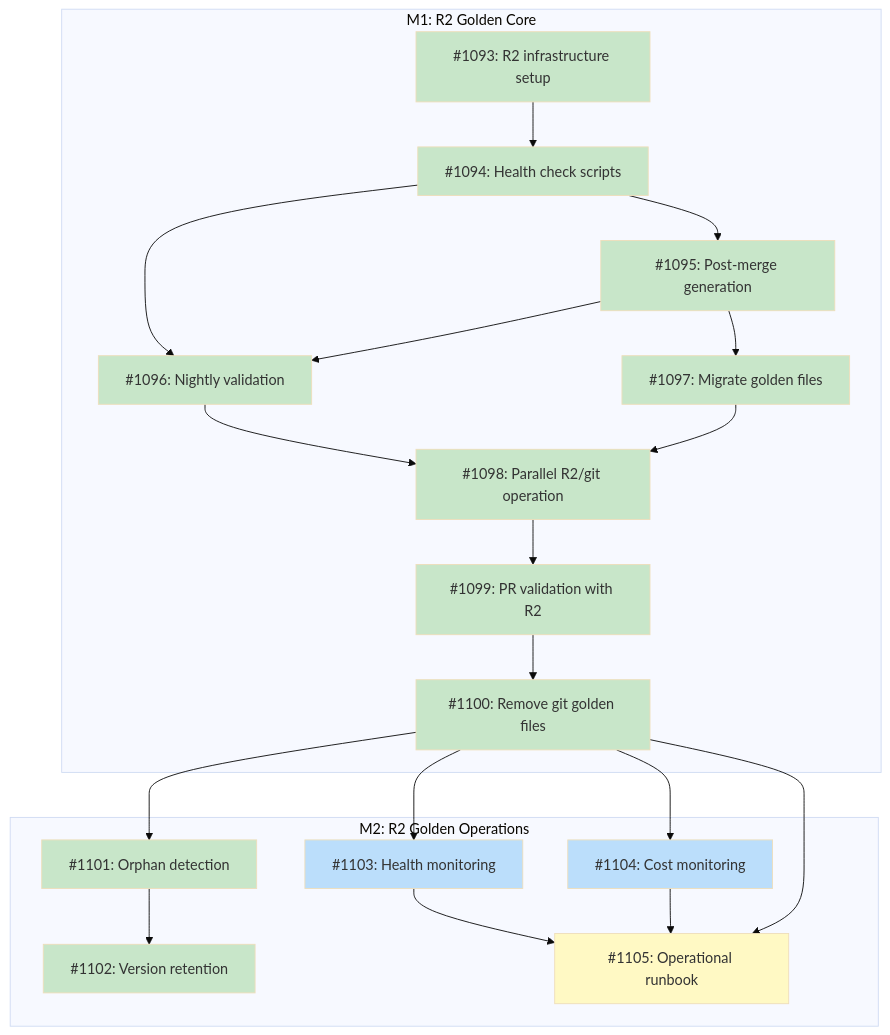
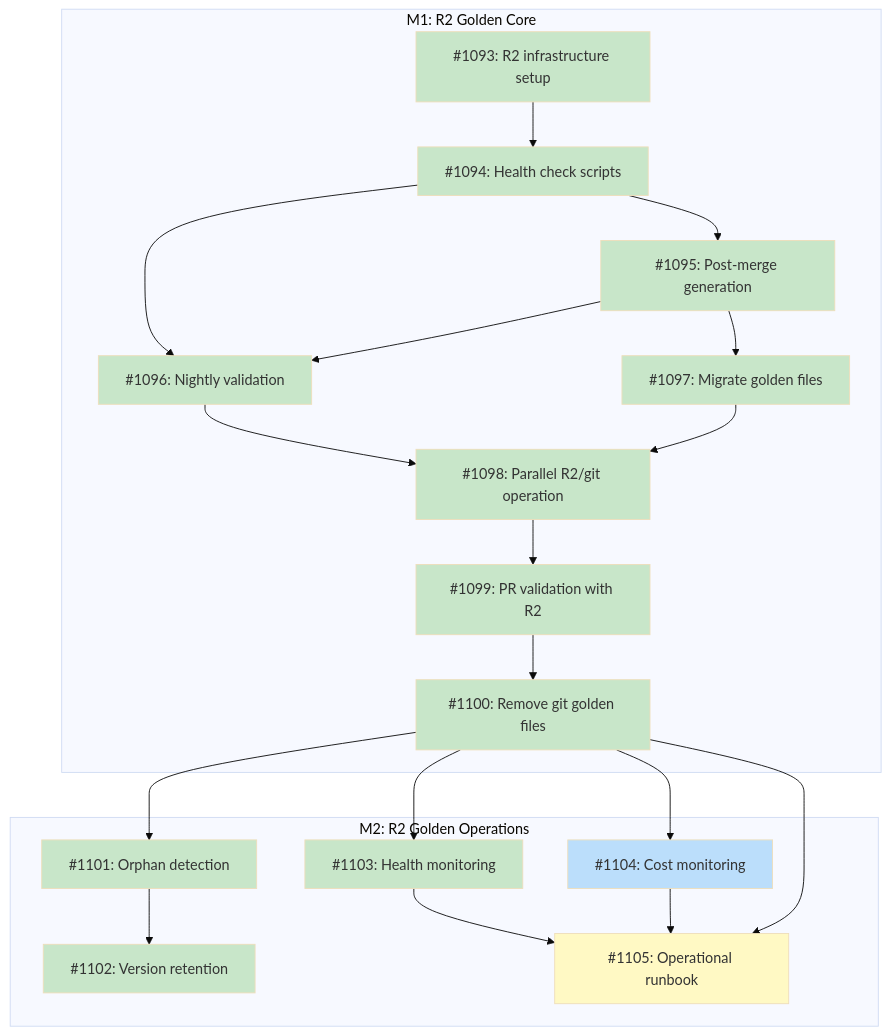
One commit to tsukumogami/tsuku changed the diagram in docs/designs/DESIGN-r2-golden-storage.md. Above: the diagram before and after it, drawn with Mermaid (base theme). The commit also changed 1 other file, not shown here.

Commit message:
ci: add R2 health monitoring workflow (#1142)
Adds scheduled workflow that checks R2 storage health every 6 hours and
manages GitHub issues when degradation is detected.

The workflow reuses the existing `r2-health-check.sh` script. When
failures
occur, it creates an issue with the `r2-degradation` label. Subsequent
failures add comments to the existing issue rather than creating
duplicates.
When health is restored, the workflow closes the issue with a recovery
comment.

````diff
--- a/docs/designs/DESIGN-r2-golden-storage.md
+++ b/docs/designs/DESIGN-r2-golden-storage.md
@@ -41,47 +41,47 @@
 ```mermaid
 graph TD
     subgraph M1["M1: R2 Golden Core"]
         I1093["#1093: R2 infrastructure setup"]
         I1094["#1094: Health check scripts"]
         I1095["#1095: Post-merge generation"]
         I1096["#1096: Nightly validation"]
         I1097["#1097: Migrate golden files"]
         I1098["#1098: Parallel R2/git operation"]
         I1099["#1099: PR validation with R2"]
         I1100["#1100: Remove git golden files"]
     end
 
     subgraph M2["M2: R2 Golden Operations"]
         I1101["#1101: Orphan detection"]
         I1102["#1102: Version retention"]
         I1103["#1103: Health monitoring"]
         I1104["#1104: Cost monitoring"]
         I1105["#1105: Operational runbook"]
     end
 
     I1093 --> I1094
     I1094 --> I1095
     I1094 --> I1096
     I1095 --> I1096
     I1095 --> I1097
     I1096 --> I1098
     I1097 --> I1098
     I1098 --> I1099
     I1099 --> I1100
     I1100 --> I1101
     I1101 --> I1102
     I1100 --> I1103
     I1100 --> I1104
     I1103 --> I1105
     I1104 --> I1105
     I1100 --> I1105
 
     classDef done fill:#c8e6c9
     classDef ready fill:#bbdefb
     classDef blocked fill:#fff9c4
     classDef needsDesign fill:#e1bee7
 
-    class I1093,I1094,I1095,I1096,I1097,I1098,I1099,I1100,I1101,I1102 done
-    class I1103,I1104 ready
+    class I1093,I1094,I1095,I1096,I1097,I1098,I1099,I1100,I1101,I1102,I1103 done
+    class I1104 ready
     class I1105 blocked
 ```
````
